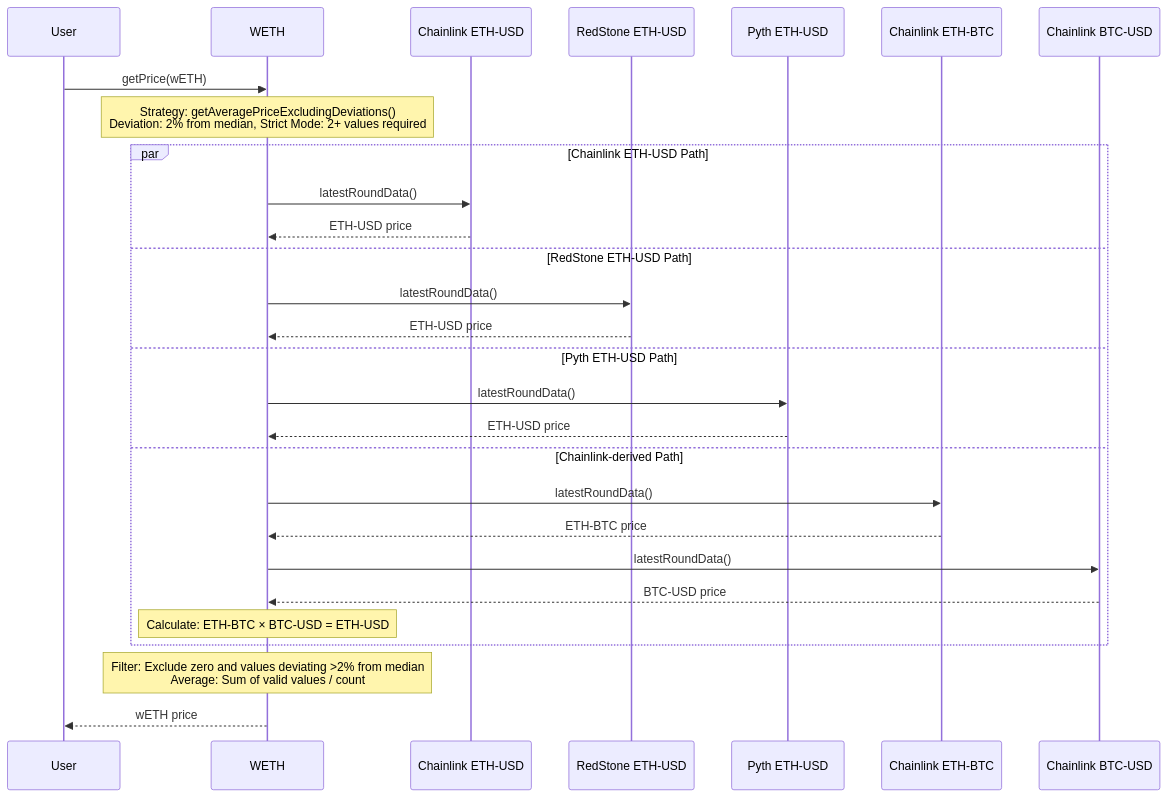
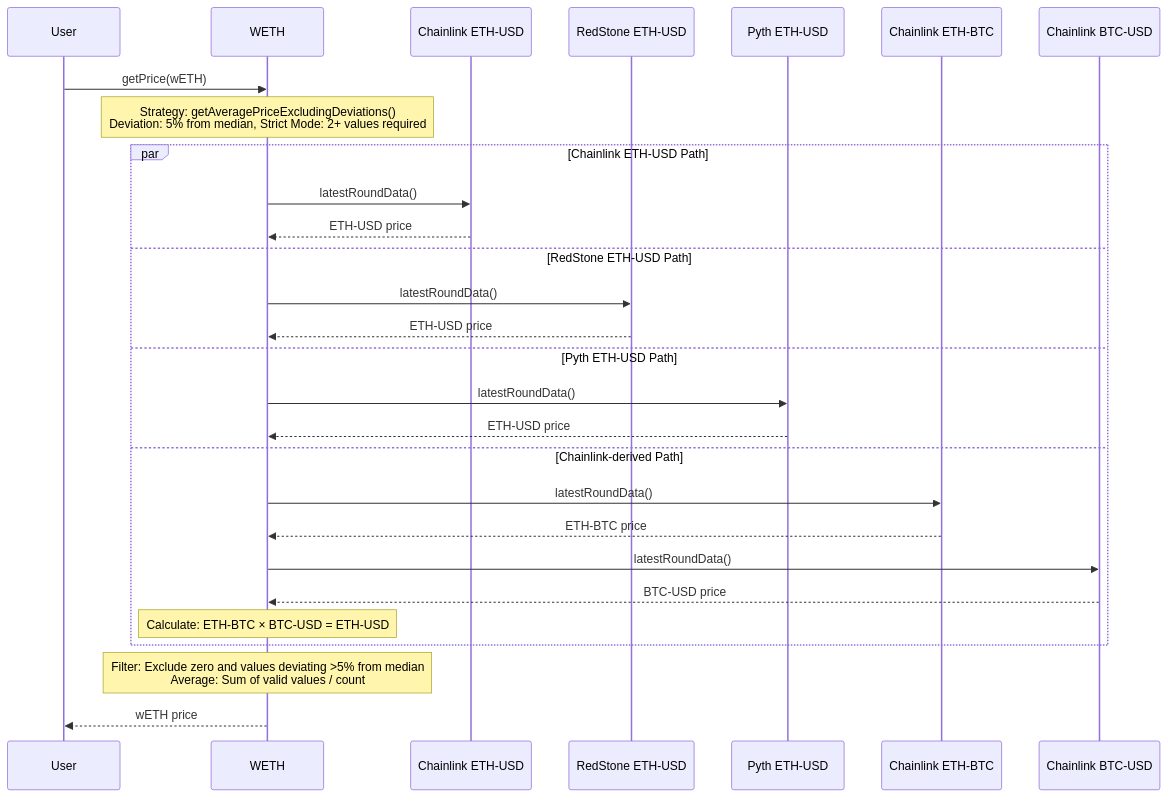
The first of 3 diagrams in documentation/price.md (OlympusDAO/olympus-v3), drawn with Mermaid before and after one commit. The commit also changed other lines of this file and 3 other files, not shown here.

Commit message:
fix(price): widen WETH oracle deviation tolerance

````diff
--- a/documentation/price.md
+++ b/documentation/price.md
@@ -95,34 +96,34 @@
 ```mermaid
 sequenceDiagram
     participant User
     participant WETH
     participant CL_ETH as Chainlink ETH-USD
     participant RS_ETH as RedStone ETH-USD
     participant Pyth_ETH as Pyth ETH-USD
     participant CL_ETHBTC as Chainlink ETH-BTC
     participant CL_BTCUSD as Chainlink BTC-USD
 
     User->>WETH: getPrice(wETH)
 
-    Note over WETH: Strategy: getAveragePriceExcludingDeviations()<br/>Deviation: 2% from median, Strict Mode: 2+ values required
+    Note over WETH: Strategy: getAveragePriceExcludingDeviations()<br/>Deviation: 5% from median, Strict Mode: 2+ values required
 
     par Chainlink ETH-USD Path
         WETH->>CL_ETH: latestRoundData()
         CL_ETH-->>WETH: ETH-USD price
     and RedStone ETH-USD Path
         WETH->>RS_ETH: latestRoundData()
         RS_ETH-->>WETH: ETH-USD price
     and Pyth ETH-USD Path
         WETH->>Pyth_ETH: latestRoundData()
         Pyth_ETH-->>WETH: ETH-USD price
     and Chainlink-derived Path
         WETH->>CL_ETHBTC: latestRoundData()
         CL_ETHBTC-->>WETH: ETH-BTC price
         WETH->>CL_BTCUSD: latestRoundData()
         CL_BTCUSD-->>WETH: BTC-USD price
         Note over WETH: Calculate: ETH-BTC × BTC-USD = ETH-USD
     end
 
-    Note over WETH: Filter: Exclude zero and values deviating >2% from median<br/>Average: Sum of valid values / count
+    Note over WETH: Filter: Exclude zero and values deviating >5% from median<br/>Average: Sum of valid values / count
     WETH-->>User: wETH price
 ```
````
